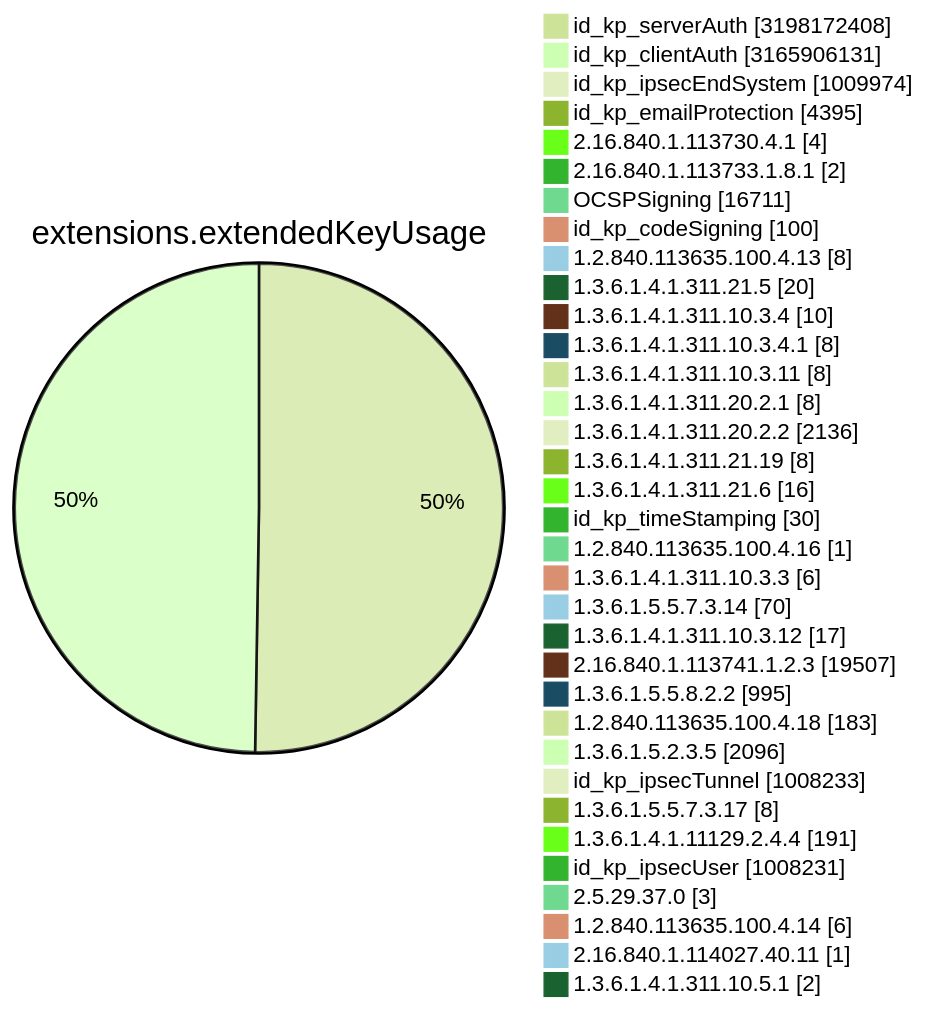
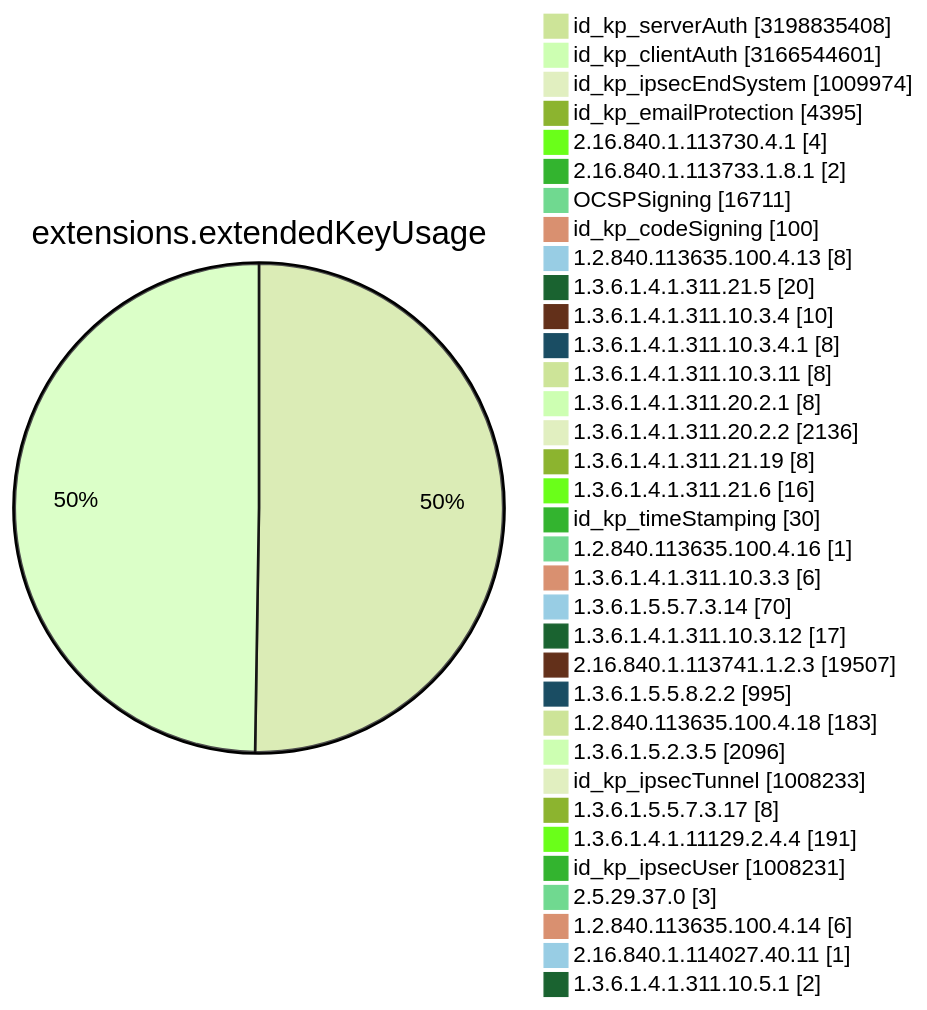
Diagram 11 of 15 in TOTAL/README.md (christiankrug/ctmonitor_visualization), drawn with Mermaid (forest theme) before and after one commit. The commit also changed other lines of this file, not shown here.

````diff
--- a/TOTAL/README.md
+++ b/TOTAL/README.md
@@ -4119,38 +4119,38 @@
 ```mermaid
 pie showData
 title extensions.extendedKeyUsage
-"id_kp_serverAuth" :3198172408
-"id_kp_clientAuth" :3165906131
+"id_kp_serverAuth" :3198835408
+"id_kp_clientAuth" :3166544601
 "id_kp_ipsecEndSystem" :1009974
 "id_kp_emailProtection" :4395
 "2.16.840.1.113730.4.1" :4
 "2.16.840.1.113733.1.8.1" :2
 "OCSPSigning" :16711
 "id_kp_codeSigning" :100
 "1.2.840.113635.100.4.13" :8
 "1.3.6.1.4.1.311.21.5" :20
 "1.3.6.1.4.1.311.10.3.4" :10
 "1.3.6.1.4.1.311.10.3.4.1" :8
 "1.3.6.1.4.1.311.10.3.11" :8
 "1.3.6.1.4.1.311.20.2.1" :8
 "1.3.6.1.4.1.311.20.2.2" :2136
 "1.3.6.1.4.1.311.21.19" :8
 "1.3.6.1.4.1.311.21.6" :16
 "id_kp_timeStamping" :30
 "1.2.840.113635.100.4.16" :1
 "1.3.6.1.4.1.311.10.3.3" :6
 "1.3.6.1.5.5.7.3.14" :70
 "1.3.6.1.4.1.311.10.3.12" :17
 "2.16.840.1.113741.1.2.3" :19507
 "1.3.6.1.5.5.8.2.2" :995
 "1.2.840.113635.100.4.18" :183
 "1.3.6.1.5.2.3.5" :2096
 "id_kp_ipsecTunnel" :1008233
 "1.3.6.1.5.5.7.3.17" :8
 "1.3.6.1.4.1.11129.2.4.4" :191
 "id_kp_ipsecUser" :1008231
 "2.5.29.37.0" :3
 "1.2.840.113635.100.4.14" :6
 "2.16.840.1.114027.40.11" :1
 "1.3.6.1.4.1.311.10.5.1" :2
 ```
````
